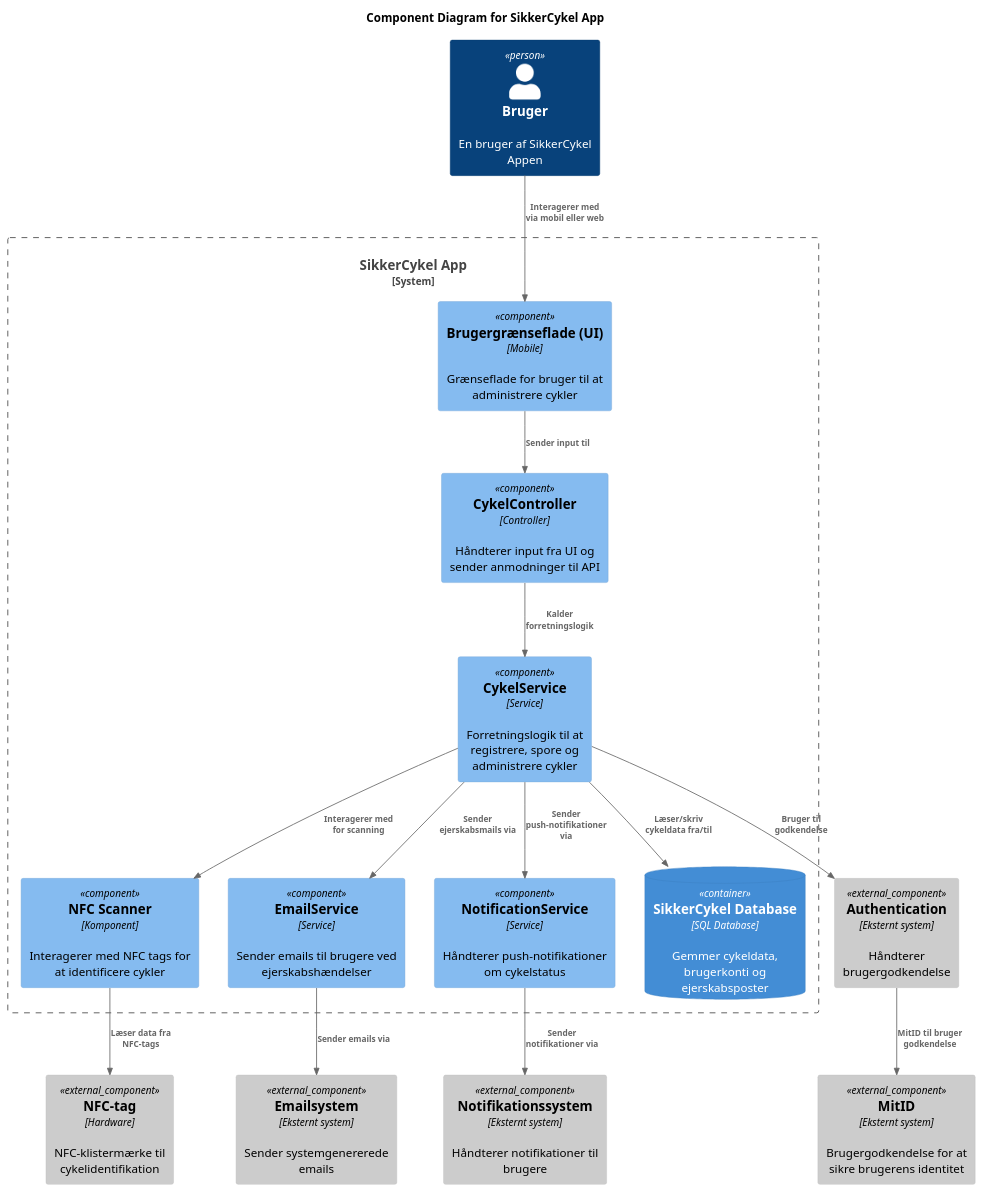
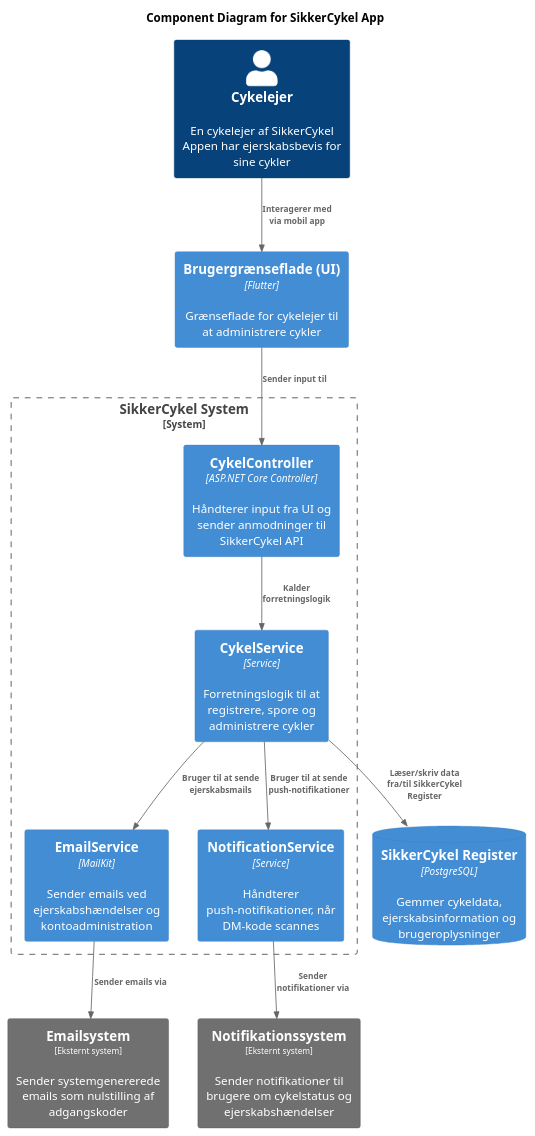
The diagram in out/PlantUML/c4niveau-niveau3-backend.puml (Sejehugo/SikkerCykel), drawn with PlantUML before and after one commit. The commit also changed 2 other files, not shown here.

```diff
--- a/out/PlantUML/c4niveau-niveau3-backend.puml
+++ b/out/PlantUML/c4niveau-niveau3-backend.puml
@@ -1,54 +1,84 @@
 @startuml c4niveau-niveau3-backend
 !include https://raw.githubusercontent.com/plantuml-stdlib/C4-PlantUML/master/C4_Component.puml
 
 title Component Diagram for SikkerCykel App
 
 top to bottom direction
 
 skinparam {
   arrowFontSize 10
   defaultTextAlignment center
   wrapWidth 200
   maxMessageSize 100
 }
 
-' ' Aktør "Bruger" fra container diagrammet
-Person(user, "Bruger", "En bruger af SikkerCykel Appen")
+hide stereotype
 
-System_Boundary(c1, "SikkerCykel App") {
-
-    Component(ui, "Brugergrænseflade (UI)", "Mobile", "Grænseflade for bruger til at administrere cykler")
-    Component(controller, "CykelController", "Controller", "Håndterer input fra UI og sender anmodninger til API")
-    Component(service, "CykelService", "Service", "Forretningslogik til at registrere, spore og administrere cykler")
-    Component(nfc, "NFC Scanner", "Komponent", "Interagerer med NFC tags for at identificere cykler")
-    Component(email, "EmailService", "Service", "Sender emails til brugere ved ejerskabshændelser")
-    Component(notification, "NotificationService", "Service", "Håndterer push-notifikationer om cykelstatus")
-
-    ContainerDb(database, "SikkerCykel Database", "SQL Database", "Gemmer cykeldata, brugerkonti og ejerskabsposter")
-
+skinparam person<<SystemAdminstrator>> {
+  BackgroundColor #lightgrey
+  FontColor #black
+  BorderColor #052e56
+  shadowing false
+}
+skinparam person<<AnonymousUser>> {
+  BackgroundColor #08427b
+  FontColor #ffffff
+  BorderColor #052e56
+  shadowing false
+}
+skinparam rectangle<<ExternalSystem>> {
+  BackgroundColor #1168bd
+  FontColor #ffffff
+  BorderColor #0b4884
+  shadowing false
+}
+skinparam rectangle<<SikkerCykelSystem>> {
+  BackgroundColor #1168bd
+  FontColor #ffffff
+  BorderColor #0b4884
+  shadowing false
+}
+skinparam person<<User>> {
+  BackgroundColor #08427b
+  FontColor #ffffff
+  BorderColor #052e56
+  shadowing false
 }
 
+skinparam rectangle<<GrayBox>> {
+  BackgroundColor #707070
+  FontColor #ffffff
+  BorderColor #505050
+  shadowing false
+}
+
+Person(user, "Cykelejer", "En cykelejer af SikkerCykel Appen har ejerskabsbevis for sine cykler")
+
+Container(ui, "Brugergrænseflade (UI)", "Flutter", "Grænseflade for cykelejer til at administrere cykler")
+
+System_Boundary(c1, "SikkerCykel System") {
+    Container(controller, "CykelController", "ASP.NET Core Controller", "Håndterer input fra UI og sender anmodninger til SikkerCykel API")
+    Container(service, "CykelService", "Service", "Forretningslogik til at registrere, spore og administrere cykler")
+    Container(email, "EmailService", "MailKit", "Sender emails ved ejerskabshændelser og kontoadministration")
+    Container(notification, "NotificationService", "Service", "Håndterer push-notifikationer, når DM-kode scannes")
+}
+
+ContainerDb(register, "SikkerCykel Register", "PostgreSQL", "Gemmer cykeldata, ejerskabsinformation og brugeroplysninger")
+
 ' ' Eksterne systemer
-Component_Ext(email_ext, "Emailsystem", "Eksternt system", "Sender systemgenererede emails")
-Component_Ext(notification_ext, "Notifikationssystem", "Eksternt system", "Håndterer notifikationer til brugere")
-Component_Ext(auth_ext, "Authentication", "Eksternt system", "Håndterer brugergodkendelse")
-Component_Ext(nfc_ext, "NFC-tag", "Hardware", "NFC-klistermærke til cykelidentifikation")
-Component_Ext(mitid_ext, "MitID", "Eksternt system", "Brugergodkendelse for at sikre brugerens identitet")
+rectangle "==Emailsystem\n<size:10>[Eksternt system]</size>\n\nSender systemgenererede emails som nulstilling af adgangskoder" <<GrayBox>> as email_ext
+rectangle "==Notifikationssystem\n<size:10>[Eksternt system]</size>\n\nSender notifikationer til brugere om cykelstatus og ejerskabshændelser" <<GrayBox>> as notification_ext
 
 ' ' Relationer mellem komponenter i appen
-Rel(user, ui, "Interagerer med via mobil eller web")
+Rel(user, ui, "Interagerer med via mobil app")
 Rel(ui, controller, "Sender input til")
 Rel(controller, service, "Kalder forretningslogik")
-Rel(service, database, "Læser/skriv cykeldata fra/til")
-Rel(service, nfc, "Interagerer med for scanning")
-Rel(service, email, "Sender ejerskabsmails via")
-Rel(service, notification, "Sender push-notifikationer via")
+Rel(service, register, "Læser/skriv data fra/til SikkerCykel Register")
+Rel(service, email, "Bruger til at sende ejerskabsmails")
+Rel(service, notification, "Bruger til at sende push-notifikationer")
 
 ' ' Eksterne relationer
 Rel(email, email_ext, "Sender emails via")
 Rel(notification, notification_ext, "Sender notifikationer via")
-Rel(service, auth_ext, "Bruger til godkendelse")
-Rel(nfc, nfc_ext, "Læser data fra NFC-tags")
-Rel(auth_ext, mitid_ext, "MitID til bruger godkendelse")
 
 @enduml
```
